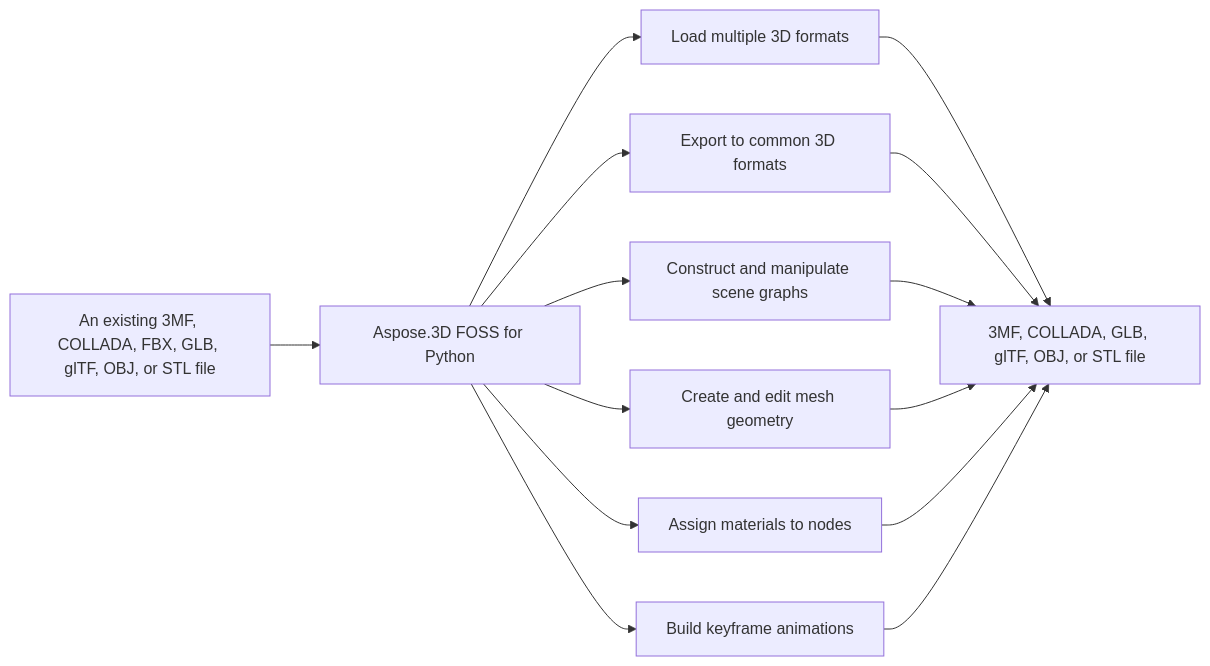
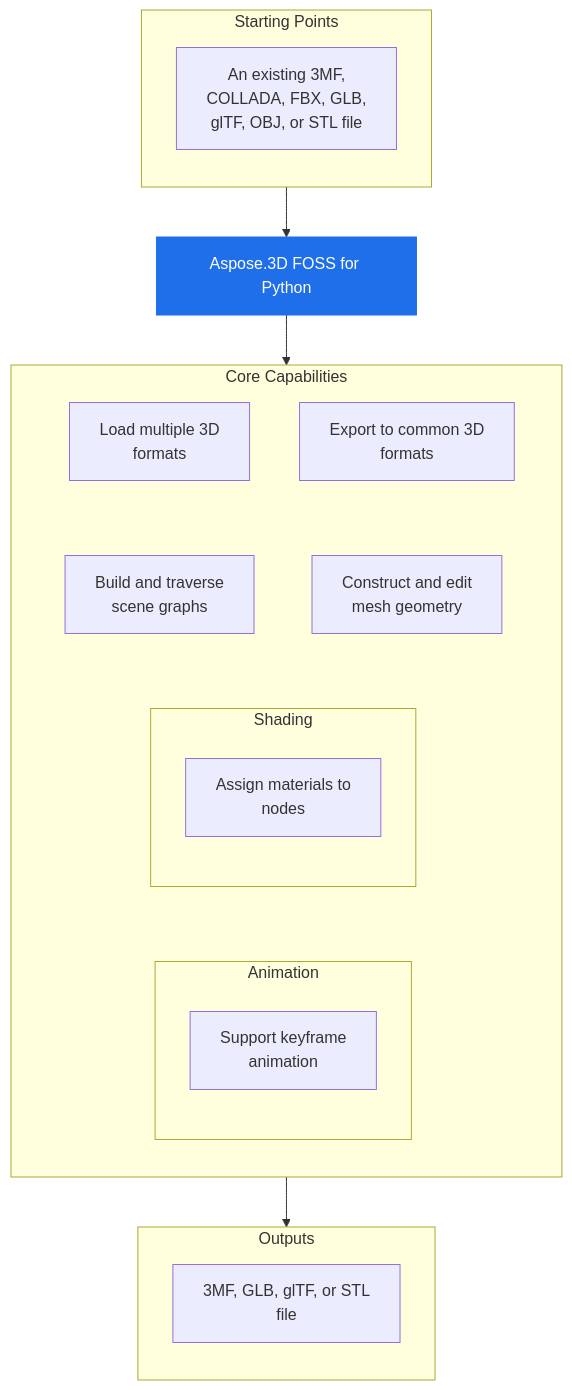
One commit to babar-raza/repo-presenter changed the diagram in 65b1f577c0f16d0d9112bb6c1153d3024543ac02/README.md. Above: the diagram before and after it, drawn with Mermaid. The commit also changed other lines of this file and 11 other files, not shown here.

Commit message:
bundle: aspose-3d-foss/Aspose.3D-FOSS-for-Python lane R 65b1f577c0f16d0d9112bb6c1153d3024543ac02

````diff
--- a/65b1f577c0f16d0d9112bb6c1153d3024543ac02/README.md
+++ b/65b1f577c0f16d0d9112bb6c1153d3024543ac02/README.md
@@ -25,22 +25,35 @@
 ```mermaid
-flowchart LR
-Start["An existing 3MF, COLLADA, FBX, GLB, glTF, OBJ, or STL file"]
-Start --> Product["Aspose.3D FOSS for Python"]
-Product["Aspose.3D FOSS for Python"] --> Cap1["Load multiple 3D formats"]
-Cap2["Export to common 3D formats"]
-Cap3["Construct and manipulate scene graphs"]
-Cap4["Create and edit mesh geometry"]
-Cap5["Assign materials to nodes"]
-Cap6["Build keyframe animations"]
-Product["Aspose.3D FOSS for Python"] --> Cap2["Export to common 3D formats"]
-Product["Aspose.3D FOSS for Python"] --> Cap3["Construct and manipulate scene graphs"]
-Product["Aspose.3D FOSS for Python"] --> Cap4["Create and edit mesh geometry"]
-Product["Aspose.3D FOSS for Python"] --> Cap5["Assign materials to nodes"]
-Product["Aspose.3D FOSS for Python"] --> Cap6["Build keyframe animations"]
-Cap1["Load multiple 3D formats"] --> Output["3MF, COLLADA, GLB, glTF, OBJ, or STL file"]
-Cap2["Export to common 3D formats"] --> Output["3MF, COLLADA, GLB, glTF, OBJ, or STL file"]
-Cap3["Construct and manipulate scene graphs"] --> Output["3MF, COLLADA, GLB, glTF, OBJ, or STL file"]
-Cap4["Create and edit mesh geometry"] --> Output["3MF, COLLADA, GLB, glTF, OBJ, or STL file"]
-Cap5["Assign materials to nodes"] --> Output["3MF, COLLADA, GLB, glTF, OBJ, or STL file"]
-Cap6["Build keyframe animations"] --> Output["3MF, COLLADA, GLB, glTF, OBJ, or STL file"]
+flowchart TB
+  subgraph StartingPoints["Starting Points"]
+    direction TB
+    i1["An existing 3MF,<br/>COLLADA, FBX, GLB,<br/>glTF, OBJ, or STL file"]
+  end
+  PRODUCT["Aspose.3D FOSS for Python"]
+  subgraph Capabilities["Core Capabilities"]
+    direction TB
+    c1["Load multiple 3D<br/>formats"]
+    c2["Export to common 3D<br/>formats"]
+    c3["Build and traverse<br/>scene graphs"]
+    c4["Construct and edit<br/>mesh geometry"]
+    c1 ~~~ c3
+    c2 ~~~ c4
+    subgraph cg1["Shading"]
+      direction TB
+      c5["Assign materials to<br/>nodes"]
+    end
+    subgraph cg2["Animation"]
+      direction TB
+      c6["Support keyframe<br/>animation"]
+    end
+    c3 ~~~ cg1
+    c4 ~~~ cg1
+    cg1 ~~~ cg2
+  end
+  subgraph Outputs["Outputs"]
+    direction TB
+    o1["3MF, GLB, glTF, or STL<br/>file"]
+  end
+  StartingPoints --> PRODUCT --> Capabilities --> Outputs
+  classDef product fill:#1f6feb,stroke:#1f6feb,color:#ffffff
+  class PRODUCT product
 ```
````
